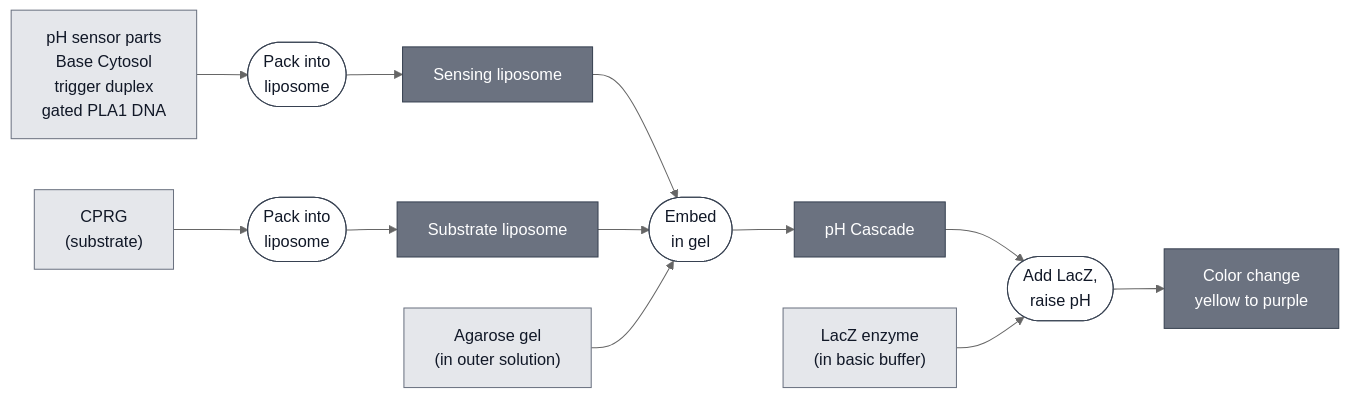
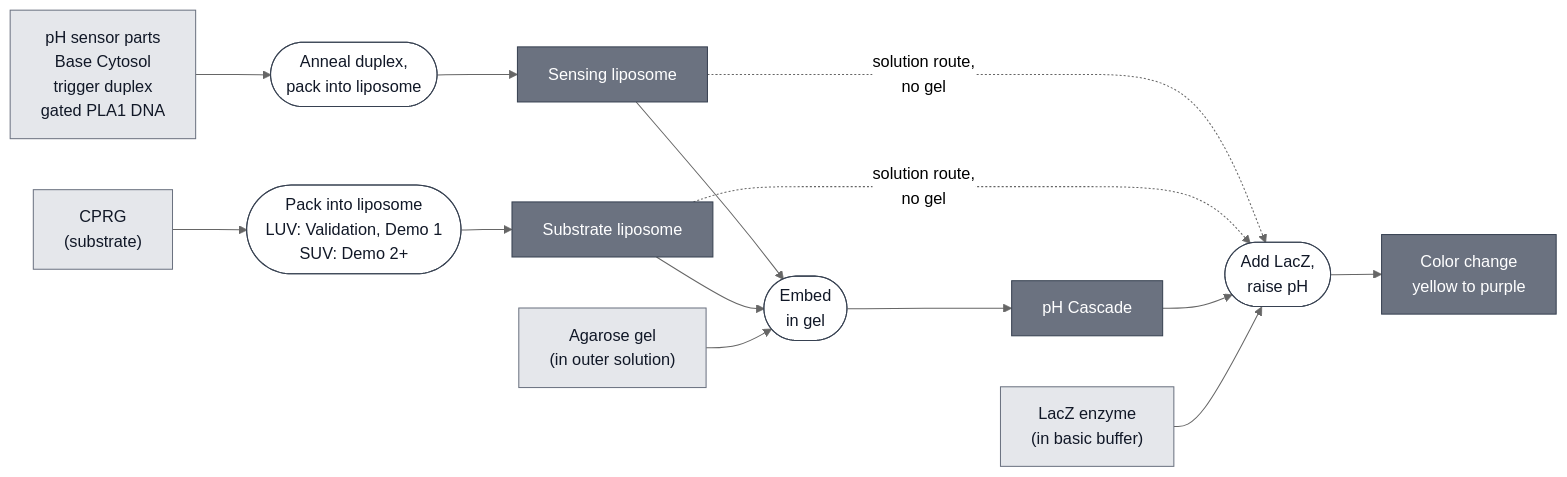
The diagram in devnotes/devnote-swh-20260925-ph-sensor-in-solution/main.md (nucleus-eng/devstudio-board), drawn with Mermaid (neutral theme) before and after one commit. The commit also changed other lines of this file and 1 other file, not shown here.

````diff
--- a/devnotes/devnote-swh-20260925-ph-sensor-in-solution/main.md
+++ b/devnotes/devnote-swh-20260925-ph-sensor-in-solution/main.md
@@ -125,38 +137,41 @@
 ```mermaid
 flowchart LR
     SENSE_IN["pH sensor parts<br/>Base Cytosol<br/>trigger duplex<br/>gated PLA1 DNA"]
     CPRG_IN["CPRG<br/>(substrate)"]
     GEL_IN["Agarose gel<br/>(in outer solution)"]
     LACZ_IN["LacZ enzyme<br/>(in basic buffer)"]
 
-    P1(["Pack into<br/>liposome"])
-    P2(["Pack into<br/>liposome"])
+    P1(["Anneal duplex,<br/>pack into liposome"])
+    P2(["Pack into liposome<br/>LUV: Validation, Demo 1<br/>SUV: Demo 2+"])
     P3(["Embed<br/>in gel"])
     P4(["Add LacZ,<br/>raise pH"])
 
     SENSOR["Sensing liposome"]
     CARRIER["Substrate liposome"]
     CASCADE["pH Cascade"]
     READOUT["Color change<br/>yellow to purple"]
 
     SENSE_IN --> P1 --> SENSOR
     CPRG_IN --> P2 --> CARRIER
     SENSOR --> P3
     CARRIER --> P3
     GEL_IN --> P3
     P3 --> CASCADE
+    SENSOR -. solution route,<br/>no gel .-> P4
+    CARRIER -. solution route,<br/>no gel .-> P4
     CASCADE --> P4
     LACZ_IN --> P4
     P4 --> READOUT
 
 
-    click P1 "#pla1-guv-preparation"
+    click P1 "#constructs"
+    click P2 "#cprg-suv-preparation"
     click P3 "#lga-gel-preparation"
 
     classDef leaf     fill:#e5e7eb,stroke:#6b7280,color:#111827;
     classDef composed fill:#6b7280,stroke:#374151,color:#ffffff;
     classDef process  fill:#ffffff,stroke:#374151,color:#111827;
     class SENSE_IN,CPRG_IN,GEL_IN,LACZ_IN leaf;
     class SENSOR,CARRIER,CASCADE,READOUT composed;
     class P1,P2,P3,P4 process;
 ```
````
